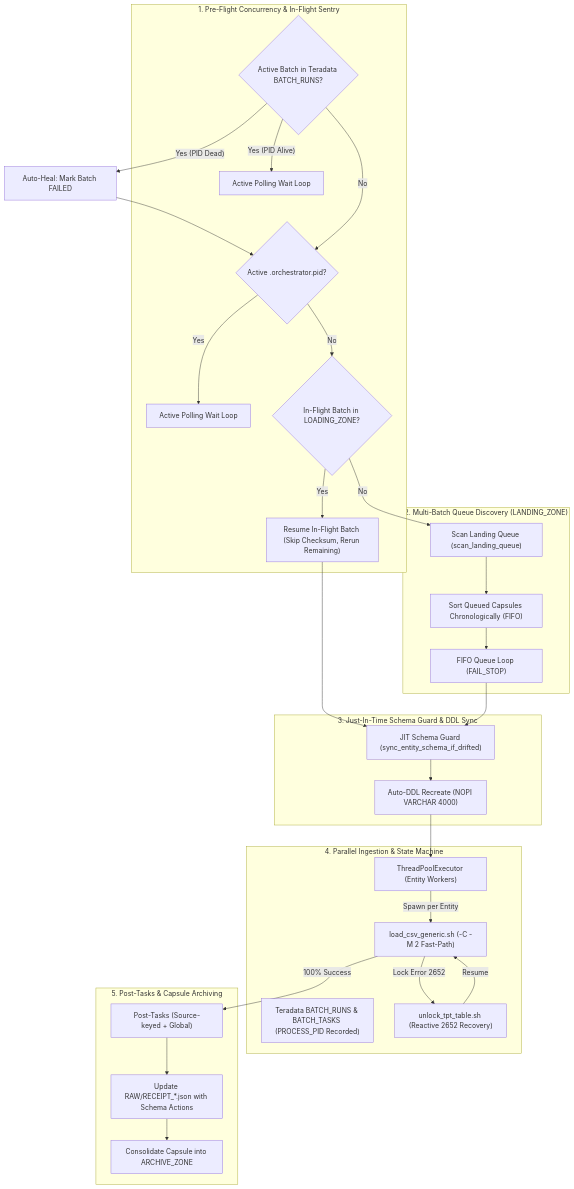
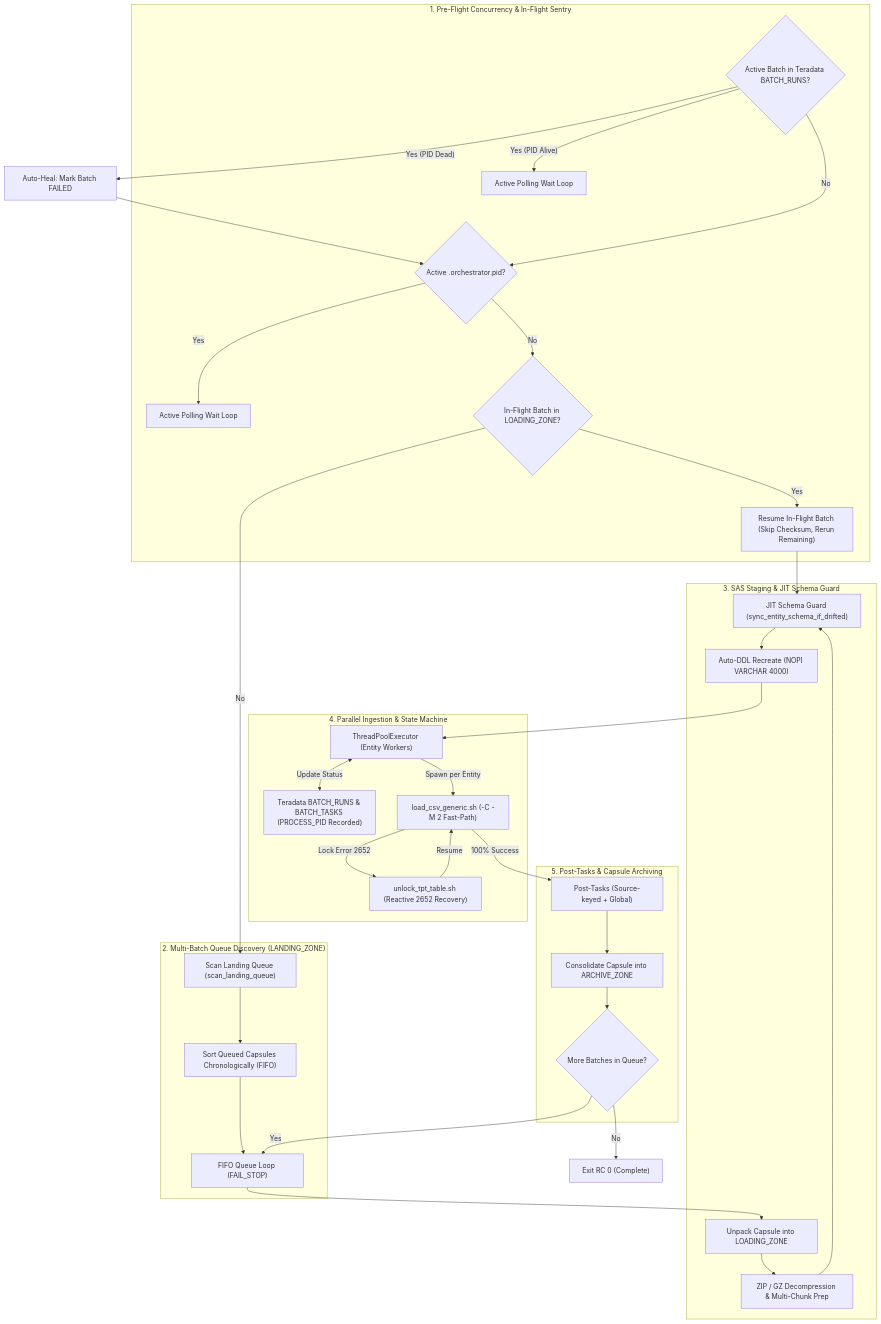
The diagram in docs/01_user_how_to_guide.md (manisadegh/DATA_INGESTION_ORCHESTRATOR), drawn with Mermaid before and after one commit. The commit also changed other lines of this file and 4 other files, not shown here.

Commit message:
docs(orchestrator): update complete documentation suite for Phase 03 multi-batch FIFO queue consumer (JIT Schema Guard, fast-path O(1) verify, -C -M 2, source-keyed post-tasks)

````diff
--- a/docs/01_user_how_to_guide.md
+++ b/docs/01_user_how_to_guide.md
@@ -7,47 +7,53 @@
 ```mermaid
 flowchart TD
     subgraph SENTRY["1. Pre-Flight Concurrency & In-Flight Sentry"]
         DBSentry{"Active Batch in Teradata BATCH_RUNS?"}
         WaitDB["Active Polling Wait Loop"]
         PIDSentry{"Active .orchestrator.pid?"}
         WaitPID["Active Polling Wait Loop"]
         InFlightCheck{"In-Flight Batch in LOADING_ZONE?"}
         ResumeInFlight["Resume In-Flight Batch (Skip Checksum, Rerun Remaining)"]
     end
 
     subgraph QUEUE["2. Multi-Batch Queue Discovery (LANDING_ZONE)"]
         Scan["Scan Landing Queue (scan_landing_queue)"]
         FIFO["Sort Queued Capsules Chronologically (FIFO)"]
         Loop["FIFO Queue Loop (FAIL_STOP)"]
     end
 
-    subgraph PREP["3. Just-In-Time Schema Guard & DDL Sync"]
+    subgraph PREP["3. SAS Staging & JIT Schema Guard"]
+        Stage["Unpack Capsule into LOADING_ZONE"]
+        Decomp["ZIP / GZ Decompression & Multi-Chunk Prep"]
         JIT["JIT Schema Guard (sync_entity_schema_if_drifted)"]
         DDL["Auto-DDL Recreate (NOPI VARCHAR 4000)"]
     end
 
     subgraph EXEC["4. Parallel Ingestion & State Machine"]
         Pool["ThreadPoolExecutor (Entity Workers)"]
         State["Teradata BATCH_RUNS & BATCH_TASKS (PROCESS_PID Recorded)"]
         TPT["load_csv_generic.sh (-C -M 2 Fast-Path)"]
         Unlock["unlock_tpt_table.sh (Reactive 2652 Recovery)"]
     end
 
     subgraph EGRESS["5. Post-Tasks & Capsule Archiving"]
         Post["Post-Tasks (Source-keyed + Global)"]
-        Receipt["Update RAW/RECEIPT_*.json with Schema Actions"]
         Archive["Consolidate Capsule into ARCHIVE_ZONE"]
+        NextBatch{"More Batches in Queue?"}
     end
 
     DBSentry -- Yes (PID Alive) --> WaitDB
     DBSentry -- Yes (PID Dead) --> Heal["Auto-Heal: Mark Batch FAILED"] --> PIDSentry
     DBSentry -- No --> PIDSentry
     PIDSentry -- Yes --> WaitPID
     PIDSentry -- No --> InFlightCheck
     InFlightCheck -- Yes --> ResumeInFlight --> JIT
     InFlightCheck -- No --> Scan --> FIFO --> Loop
-    Loop --> JIT --> DDL --> Pool
+    Loop --> Stage --> Decomp --> JIT
+    JIT --> DDL --> Pool
     Pool -->|Spawn per Entity| TPT
     TPT -->|Lock Error 2652| Unlock -->|Resume| TPT
-    TPT -->|100% Success| Post --> Receipt --> Archive
+    TPT -->|100% Success| Post --> Archive --> NextBatch
+    NextBatch -- Yes --> Loop
+    NextBatch -- No --> Finish["Exit RC 0 (Complete)"]
+    Pool <-->|Update Status| State
 ```
````
